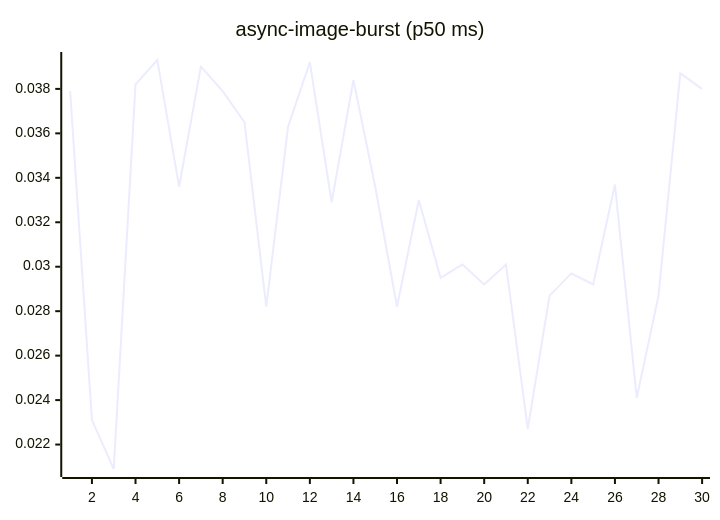
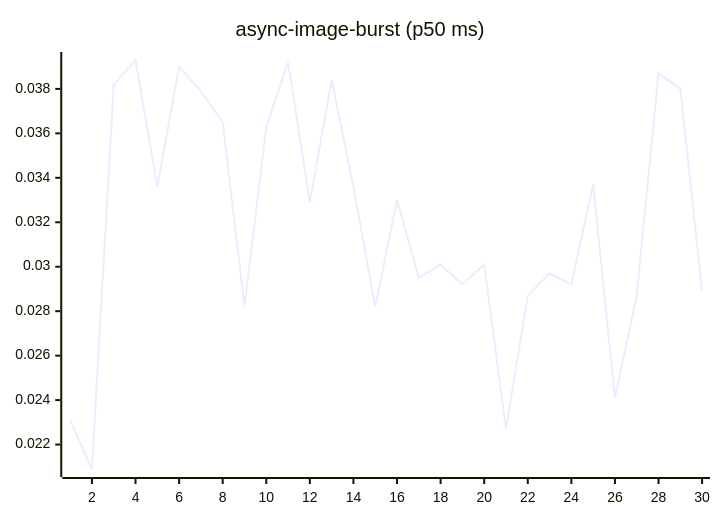
The fourth of 27 diagrams in README.md (josha/Facet), drawn with Mermaid before and after one commit. The commit also changed other lines of this file and 2 other files, not shown here.

````diff
--- a/README.md
+++ b/README.md
@@ -84,6 +84,6 @@
 ```mermaid
 xychart-beta
     title "async-image-burst (p50 ms)"
     x-axis 1 --> 30
-    line [0.0379, 0.0231, 0.0209, 0.0382, 0.0393, 0.0336, 0.0390, 0.0379, 0.0365, 0.0282, 0.0363, 0.0392, 0.0329, 0.0384, 0.0336, 0.0282, 0.0330, 0.0295, 0.0301, 0.0292, 0.0301, 0.0227, 0.0287, 0.0297, 0.0292, 0.0337, 0.0241, 0.0287, 0.0387, 0.0380]
+    line [0.0231, 0.0209, 0.0382, 0.0393, 0.0336, 0.0390, 0.0379, 0.0365, 0.0282, 0.0363, 0.0392, 0.0329, 0.0384, 0.0336, 0.0282, 0.0330, 0.0295, 0.0301, 0.0292, 0.0301, 0.0227, 0.0287, 0.0297, 0.0292, 0.0337, 0.0241, 0.0287, 0.0387, 0.0380, 0.0289]
 ```
````
